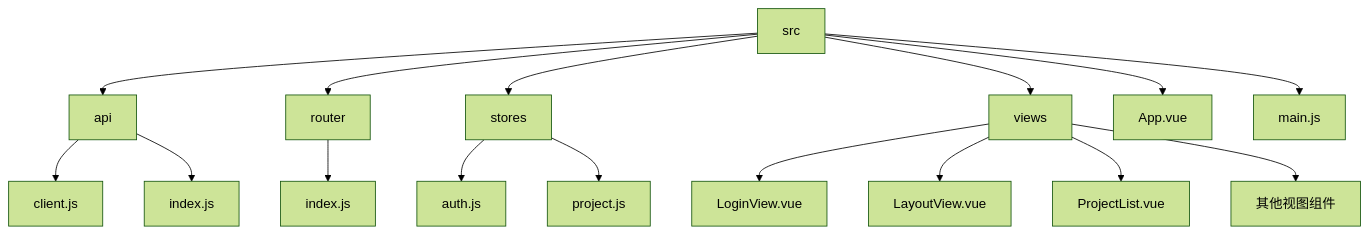
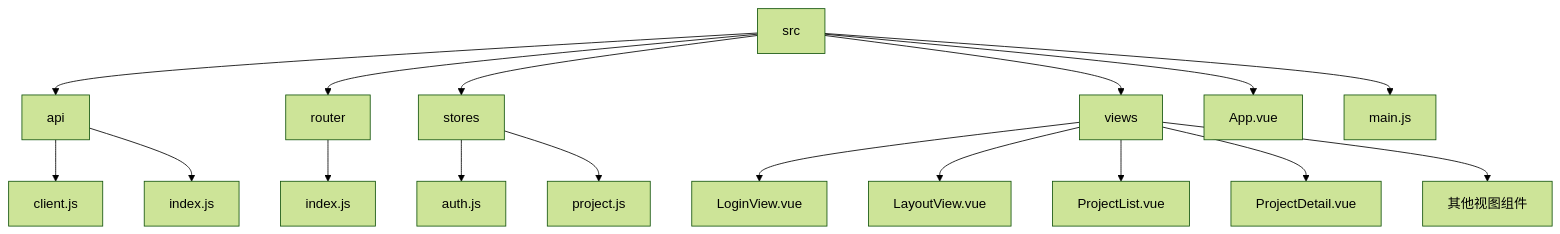
The first of 9 diagrams in .qoder/repowiki/zh/content/前端架构/前端架构.md (aidanguan/testserver), drawn with Mermaid (forest theme) before and after one commit. The commit also changed other lines of this file and 91 other files, not shown here.

````diff
--- a/.qoder/repowiki/zh/content/前端架构/前端架构.md
+++ b/.qoder/repowiki/zh/content/前端架构/前端架构.md
@@ -34,18 +42,19 @@
 ```mermaid
 graph TD
 A[src] --> B[api]
 A --> C[router]
 A --> D[stores]
 A --> E[views]
 A --> F[App.vue]
 A --> G[main.js]
 B --> H[client.js]
 B --> I[index.js]
 C --> J[index.js]
 D --> K[auth.js]
 D --> L[project.js]
 E --> M[LoginView.vue]
 E --> N[LayoutView.vue]
 E --> O[ProjectList.vue]
-E --> P[其他视图组件]
+E --> P[ProjectDetail.vue]
+E --> Q[其他视图组件]
 ```
````
